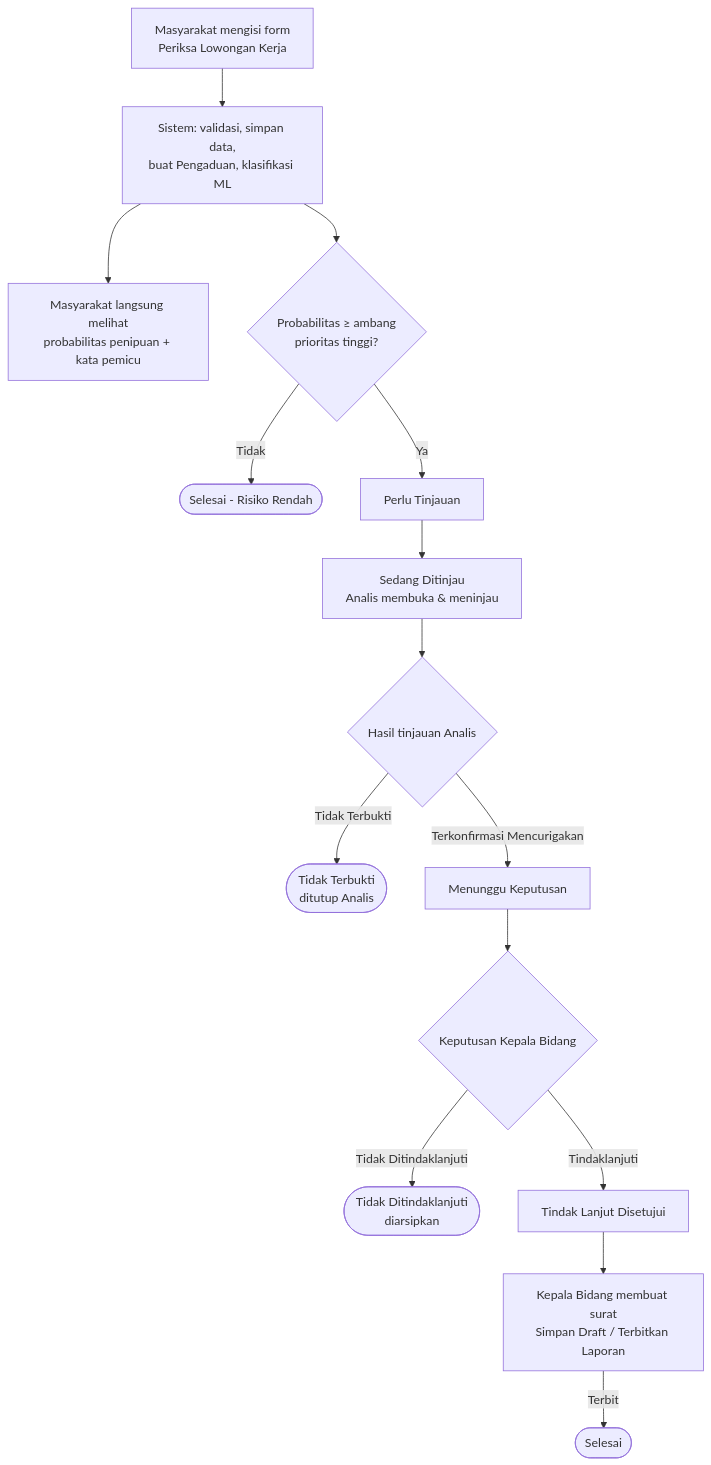
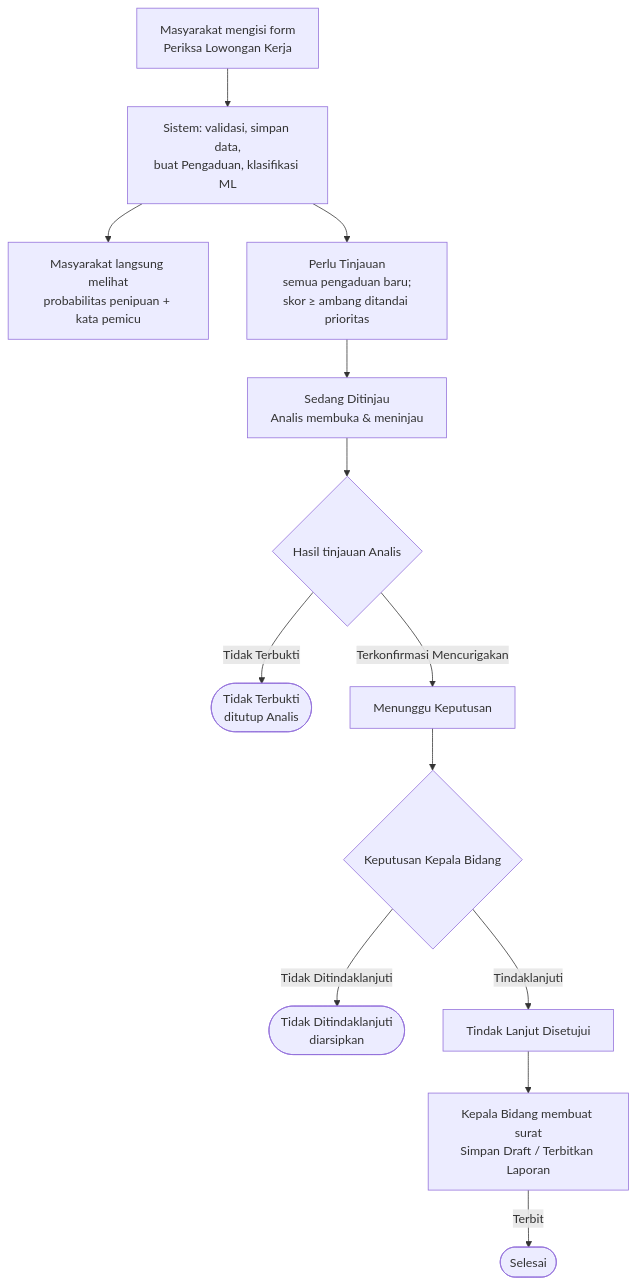
Before and after one commit to AgilePemdigi-2026/LokerLens: the diagram in docs/prd.md, drawn with Mermaid. The commit also changed other lines of this file and 27 other files, not shown here.

First line of the commit message:
Masukkan semua pengaduan baru ke antrean Analis

````diff
--- a/docs/prd.md
+++ b/docs/prd.md
@@ -66,17 +66,15 @@
 ```mermaid
 flowchart TD
     A[Masyarakat mengisi form<br/>Periksa Lowongan Kerja] --> B[Sistem: validasi, simpan data,<br/>buat Pengaduan, klasifikasi ML]
     B --> C[Masyarakat langsung melihat<br/>probabilitas penipuan + kata pemicu]
-    B --> D{Probabilitas ≥ ambang<br/>prioritas tinggi?}
-    D -- Tidak --> S1([Selesai - Risiko Rendah])
-    D -- Ya --> E[Perlu Tinjauan]
+    B --> E[Perlu Tinjauan<br/>semua pengaduan baru;<br/>skor ≥ ambang ditandai prioritas]
     E --> F[Sedang Ditinjau<br/>Analis membuka & meninjau]
     F --> G{Hasil tinjauan Analis}
     G -- Tidak Terbukti --> S2([Tidak Terbukti<br/>ditutup Analis])
     G -- Terkonfirmasi Mencurigakan --> H[Menunggu Keputusan]
     H --> I{Keputusan Kepala Bidang}
     I -- Tidak Ditindaklanjuti --> S3([Tidak Ditindaklanjuti<br/>diarsipkan])
     I -- Tindaklanjuti --> J[Tindak Lanjut Disetujui]
     J --> K[Kepala Bidang membuat surat<br/>Simpan Draft / Terbitkan Laporan]
     K -- Terbit --> S4([Selesai])
 ```
````
